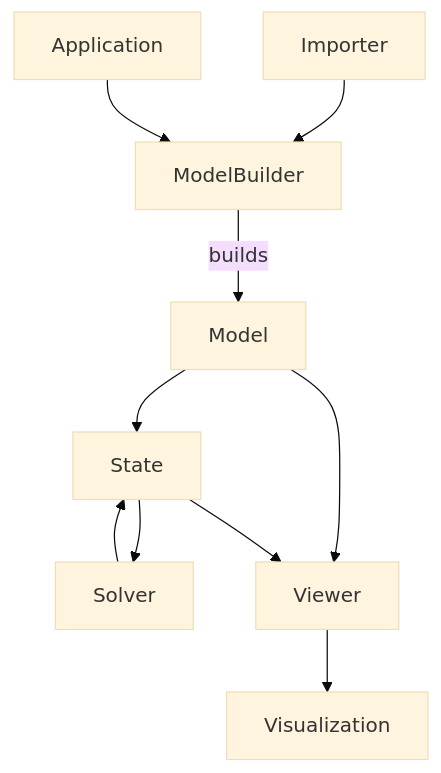
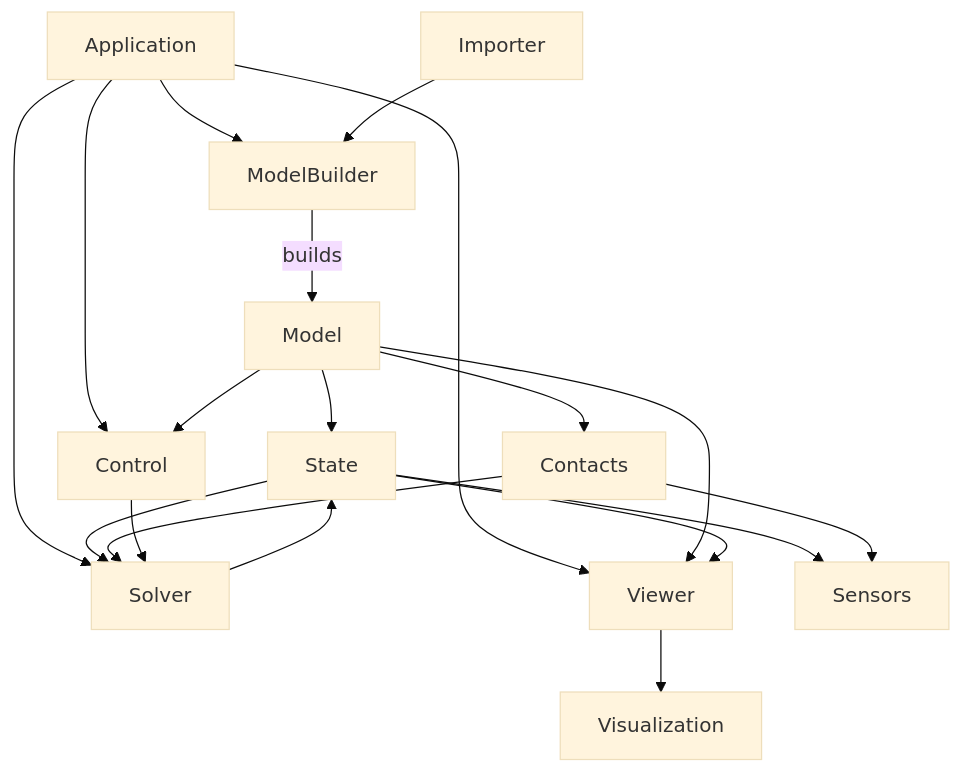
Before and after one commit to newton-physics/newton: the diagram in docs/guide/overview.rst, drawn with Mermaid (base theme). The commit also changed other lines of this file, not shown here.

```diff
--- a/docs/guide/overview.rst
+++ b/docs/guide/overview.rst
@@ -40,13 +42,22 @@
 .. mermaid::
    :config: {"theme": "forest", "themeVariables": {"lineColor": "#76b900"}}
 
    graph TD
+   I[Application] --> A[ModelBuilder]
+   I --> J[Control]
+   I --> D[Solver]
+   I --> F[Viewer]
+   G[Importer] --> A
    A[ModelBuilder] -->|builds| B[Model]
    B --> C[State]
+   B --> E[Contacts]
+   B --> J
    C --> D[Solver]
-   D --> C
    B --> F[Viewer]
    C --> F
-   G[Importer] --> A
-   I[Application] --> A
+   E --> D
+   J --> D
+   D --> C
+   C --> K[Sensors]
+   E --> K
    F --> H[Visualization]
```
